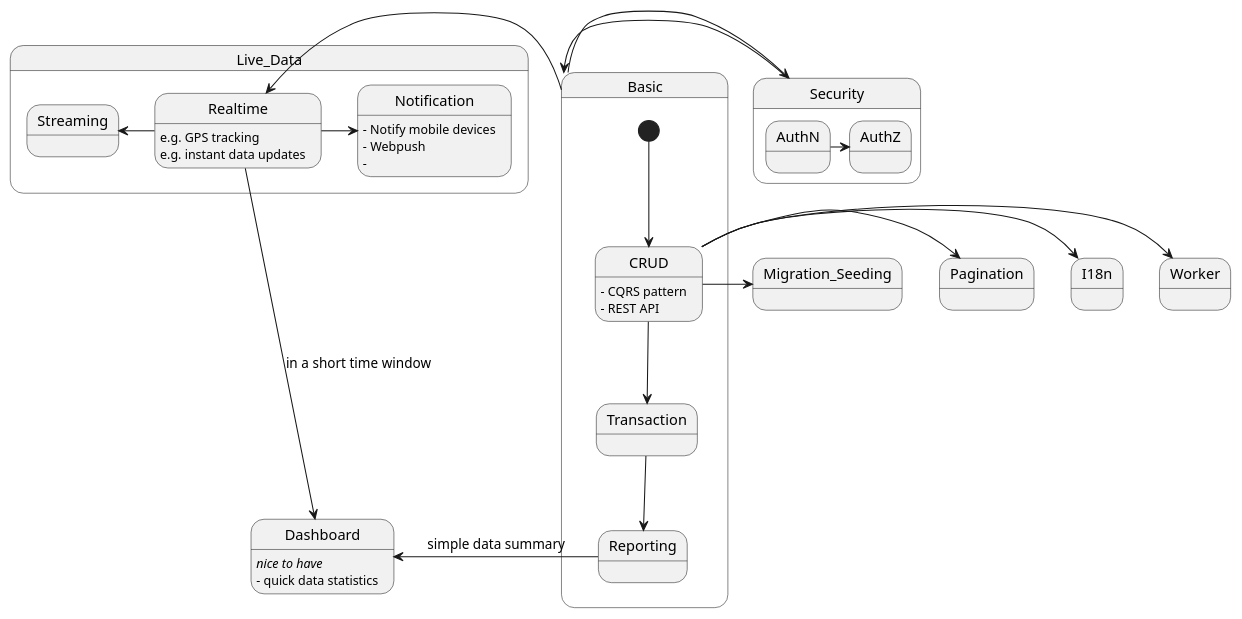
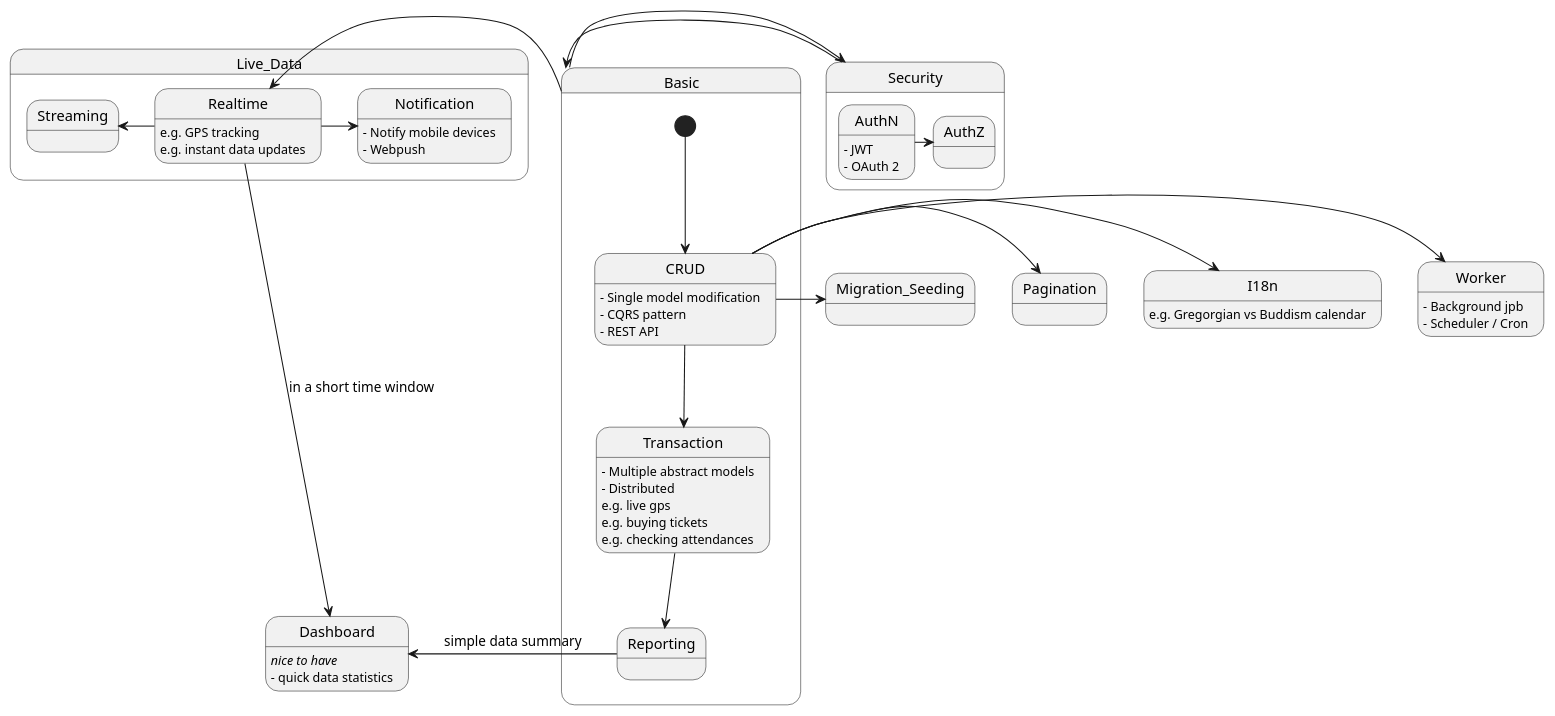
Before and after one commit to monkeydj/feon-feeder: the diagram in common-umls/pathways.wsd, drawn with PlantUML.

Commit message:
more updates while presenting

```diff
--- a/common-umls/pathways.wsd
+++ b/common-umls/pathways.wsd
@@ -1,46 +1,61 @@
 @startuml
 
 state Security {
     AuthN -> AuthZ
 }
 
 state Basic {
     [*] --> CRUD
     CRUD -down-> Transaction
     Transaction -down-> Reporting
 }
 
 state Live_Data {
     Realtime -> Notification
     Realtime -left-> Streaming
 }
 
 Security -left> Basic
 Basic -> Security
 
 CRUD -> Migration_Seeding
 CRUD -> Pagination
 CRUD -> I18n
 CRUD -> Worker
 
 Basic -> Realtime
 
 Reporting -> Dashboard : simple data summary
 Realtime -> Dashboard : in a short time window
 
 ' problem descriptions
 
+CRUD : - Single model modification
 CRUD : - CQRS pattern
 CRUD : - REST API
+
+Transaction : - Multiple abstract models
+Transaction : - Distributed
+Transaction : e.g. live gps
+Transaction : e.g. buying tickets
+Transaction : e.g. checking attendances
+
+Worker : - Background jpb
+Worker : - Scheduler / Cron
+
+AuthN : - JWT
+AuthN : - OAuth 2
+
+I18n : e.g. Gregorgian vs Buddism calendar
 
 Realtime : e.g. GPS tracking
 Realtime : e.g. instant data updates 
 
 Notification : - Notify mobile devices
 Notification : - Webpush
-Notification : - 
+' Notification : - 
 
 Dashboard : <i>nice to have</i>
 Dashboard : - quick data statistics
 
 @enduml
```
